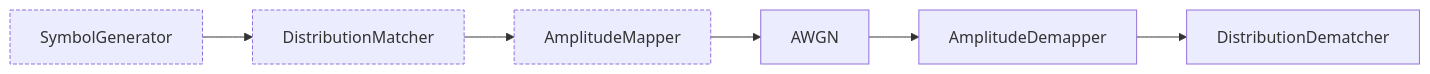
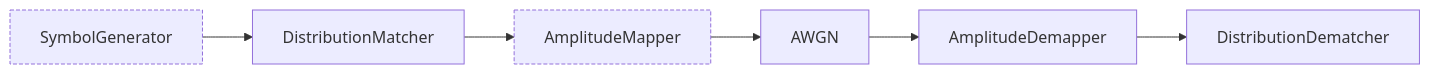
Before and after one commit to vincentchoqueuse/comnumpy: the diagram in docs/tutorials/mermaid/shaping_pas.mmd, drawn with Mermaid. The commit also changed 18 other files, not shown here.

```diff
--- a/docs/tutorials/mermaid/shaping_pas.mmd
+++ b/docs/tutorials/mermaid/shaping_pas.mmd
@@ -1,14 +1,14 @@
 flowchart LR
     bits["SymbolGenerator"]
     matcher["DistributionMatcher"]
     mapper["AmplitudeMapper"]
-    noise["AWGN"]
+    channel["AWGN"]
     amplitude_demapper["AmplitudeDemapper"]
     distribution_dematcher["DistributionDematcher"]
     bits --> matcher
     matcher --> mapper
-    mapper --> noise
-    noise --> amplitude_demapper
+    mapper --> channel
+    channel --> amplitude_demapper
     amplitude_demapper --> distribution_dematcher
     classDef tapped stroke-dasharray: 4 2
-    class bits,matcher,mapper tapped
+    class bits,mapper tapped
```
